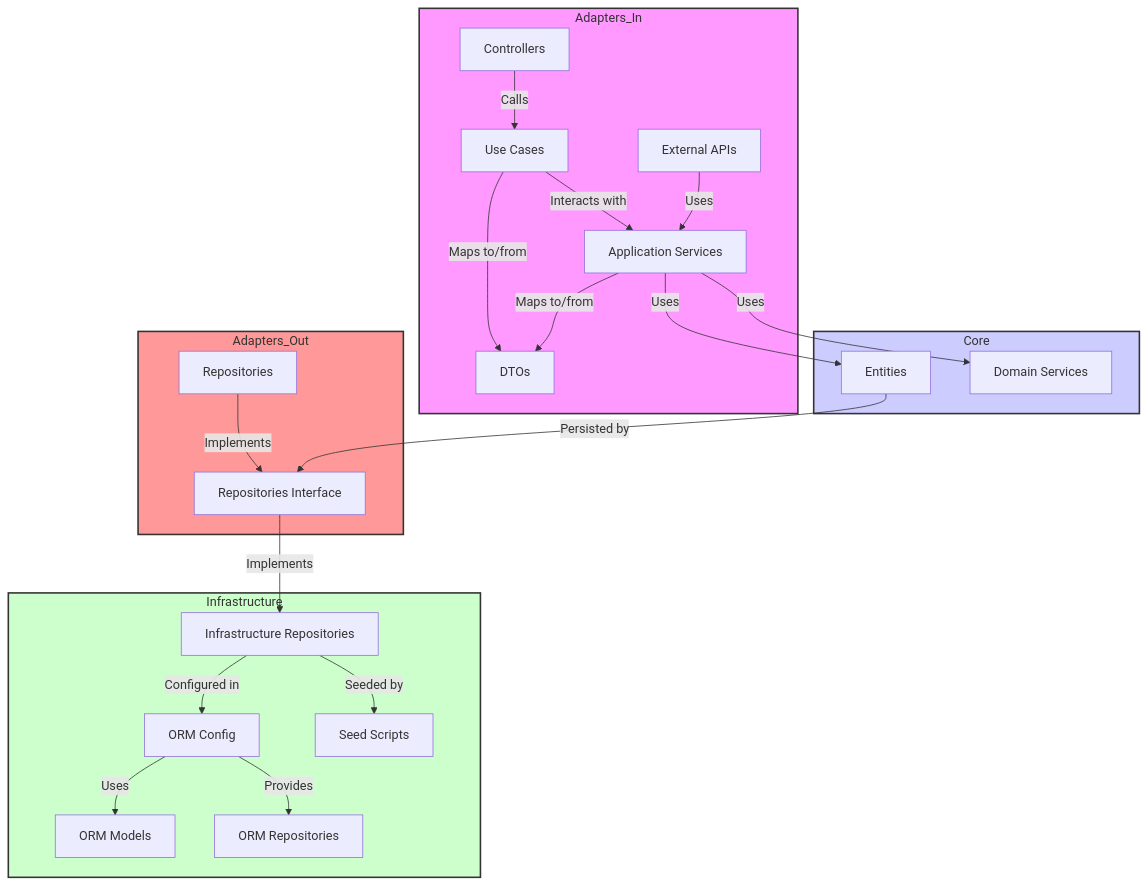
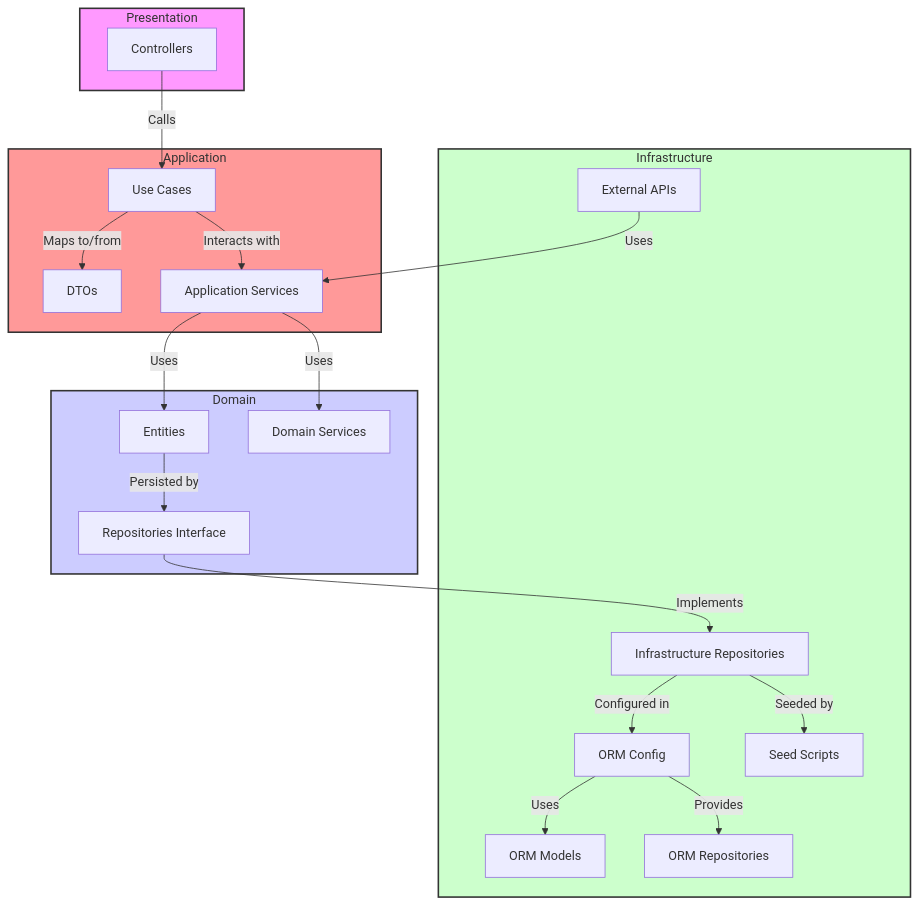
The first of 2 diagrams in README.md (diname/tech-challenge-fiap), drawn with Mermaid before and after one commit. The commit also changed other lines of this file and 116 other files, not shown here.

Commit message:
refactor: update to clean architecture

````diff
--- a/README.md
+++ b/README.md
@@ -126,39 +160,39 @@
 ```mermaid
 graph TD
-    subgraph Adapters_In
-        A[Controllers] -->|Calls| B[Use Cases]
-        B -->|Interacts with| C[Application Services]
-        B -->|Maps to/from| D[DTOs]
-        C -->|Maps to/from| D
-        E[External APIs] -->|Uses| C
+    subgraph Presentation
+        A[Controllers] 
     end
 
-    subgraph Adapters_Out
-        F[Repositories] -->|Implements| I[Repositories Interface]
+    subgraph Application
+        A[Controllers] -->|Calls| B[Use Cases]
+        B[Use Cases] -->|Maps to/from| D[DTOs]
+        B -->|Interacts with| C[Application Services]
     end
 
-    subgraph Core
-        C -->|Uses| G[Entities]
-        C -->|Uses| H[Domain Services]
-        G -->|Persisted by| I[Repositories Interface]
+    subgraph Domain
+        C -->|Uses| E[Entities]
+        C -->|Uses| F[Domain Services]
+        E -->|Persisted by| G[Repositories Interface]
     end
 
     subgraph Infrastructure
-        I -->|Implements| J[Infrastructure Repositories]
-        J -->|Configured in| K[ORM Config]
-        K -->|Uses| L[ORM Models]
-        K -->|Provides| M[ORM Repositories]
-        J -->|Seeded by| N[Seed Scripts]
+        G -->|Implements| H[Infrastructure Repositories]
+        H -->|Configured in| I[ORM Config]
+        I -->|Uses| J[ORM Models]
+        I -->|Provides| K[ORM Repositories]
+        H -->|Seeded by| L[Seed Scripts]
+        M[External APIs] -->|Uses| C
     end
 
     %%% Optional styling to make the diagram clearer
-    classDef adapters_in fill:#f9f,stroke:#333,stroke-width:2px;
-    classDef adapters_out fill:#f99,stroke:#333,stroke-width:2px;
-    classDef core fill:#ccf,stroke:#333,stroke-width:2px;
+    classDef presentation fill:#f9f,stroke:#333,stroke-width:2px;
+    classDef application fill:#f99,stroke:#333,stroke-width:2px;
+    classDef domain fill:#ccf,stroke:#333,stroke-width:2px;
     classDef infra fill:#cfc,stroke:#333,stroke-width:2px;
 
-    class Adapters_In adapters_in;
-    class Adapters_Out adapters_out;
-    class Core core;
+    class Presentation presentation;
+    class Application application;
+    class Domain domain;
     class Infrastructure infra;
+
 ```
````
